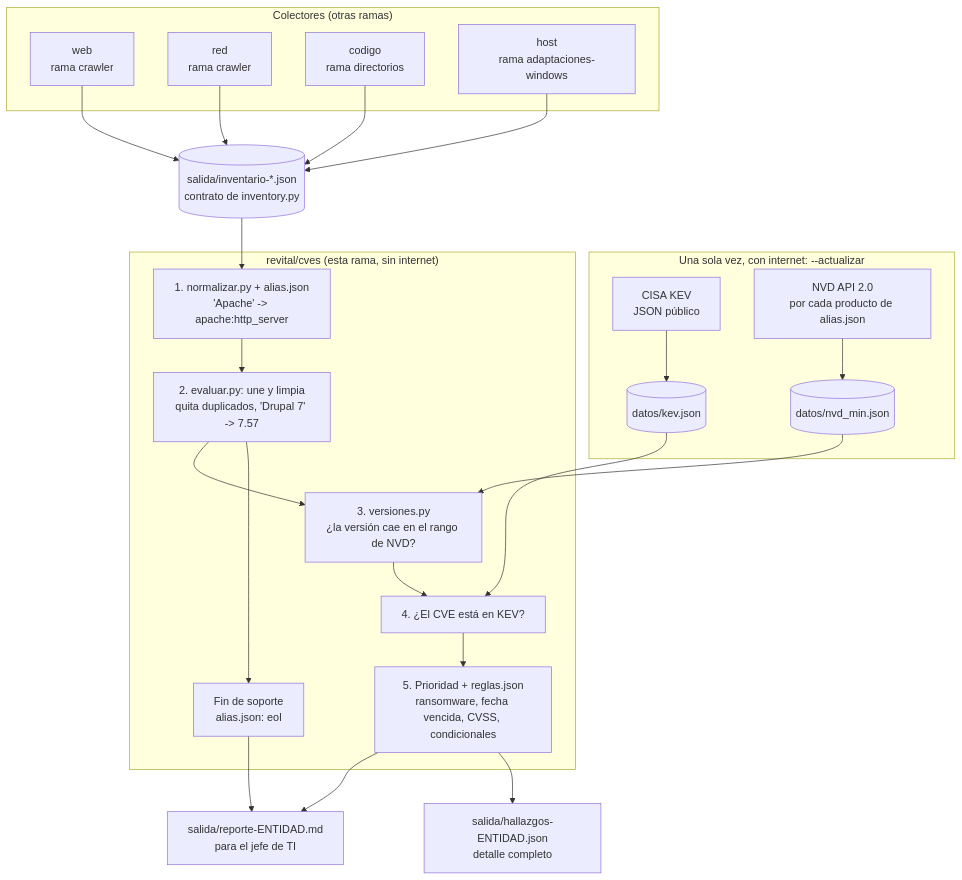
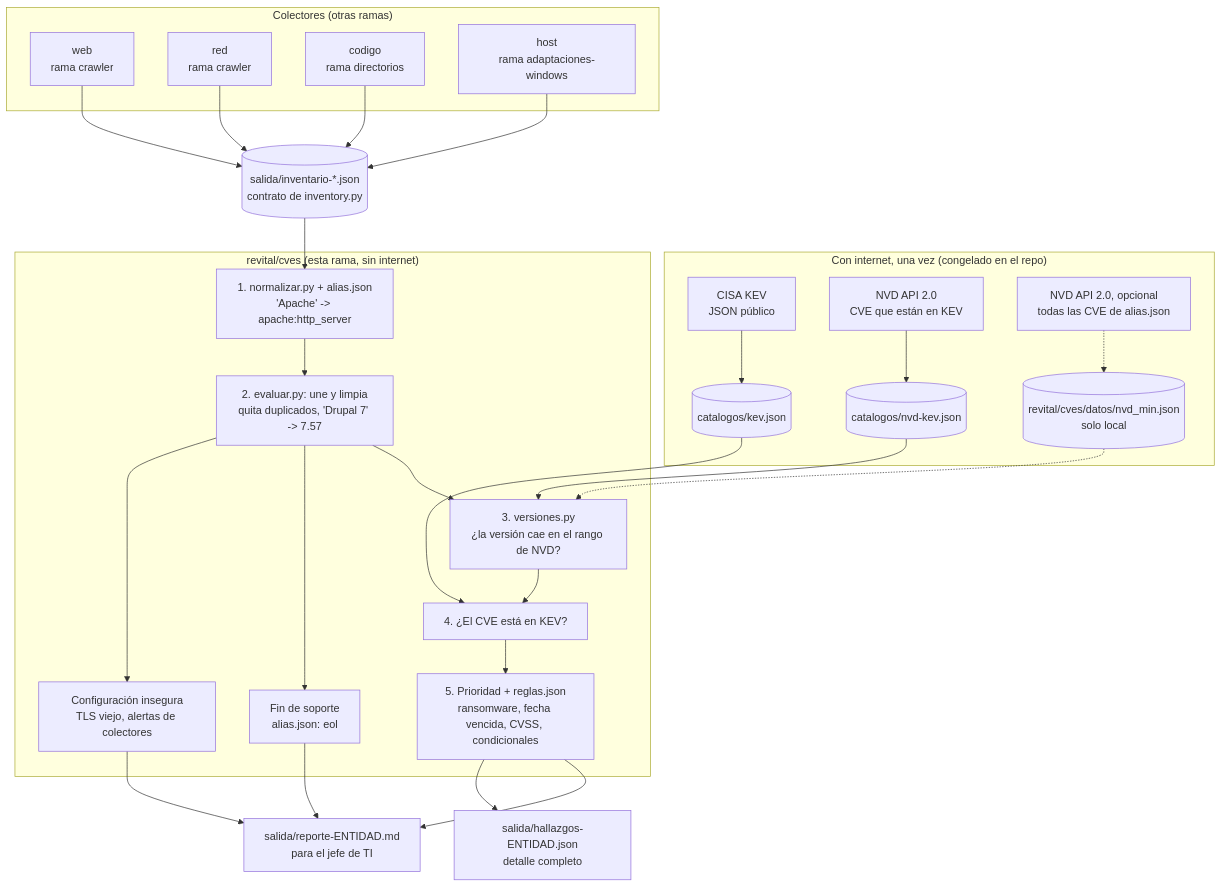
Before and after one commit to Zairocode/ReVital: the diagram in revital/cves/CONTEXTO.md, drawn with Mermaid. The commit also changed other lines of this file and 13 other files, not shown here.

Commit message:
cves: catalogos/ del equipo, MUNI-GT, alias del colector de codigo, TLS obsoleto y alertas de configuracion

````diff
--- a/revital/cves/CONTEXTO.md
+++ b/revital/cves/CONTEXTO.md
@@ -19,35 +19,40 @@
 ```mermaid
 flowchart TD
     subgraph COL["Colectores (otras ramas)"]
         W["web<br/>rama crawler"]
         R["red<br/>rama crawler"]
         K["codigo<br/>rama directorios"]
         H["host<br/>rama adaptaciones-windows"]
     end
     W --> I[("salida/inventario-*.json<br/>contrato de inventory.py")]
     R --> I
     K --> I
     H --> I
 
-    subgraph NET["Una sola vez, con internet: --actualizar"]
-        CISA["CISA KEV<br/>JSON público"] --> DK[("datos/kev.json")]
-        NVDAPI["NVD API 2.0<br/>por cada producto de alias.json"] --> DN[("datos/nvd_min.json")]
+    subgraph NET["Con internet, una vez (congelado en el repo)"]
+        CISA["CISA KEV<br/>JSON público"] --> DK[("catalogos/kev.json")]
+        NVDAPI["NVD API 2.0<br/>CVE que están en KEV"] --> DN[("catalogos/nvd-kev.json")]
+        NVDX["NVD API 2.0, opcional<br/>todas las CVE de alias.json"] -.-> DX[("revital/cves/datos/nvd_min.json<br/>solo local")]
     end
 
     subgraph CVES["revital/cves (esta rama, sin internet)"]
         N["1. normalizar.py + alias.json<br/>'Apache' -> apache:http_server"]
         D["2. evaluar.py: une y limpia<br/>quita duplicados, 'Drupal 7' -> 7.57"]
         V["3. versiones.py<br/>¿la versión cae en el rango de NVD?"]
         KV["4. ¿El CVE está en KEV?"]
         P["5. Prioridad + reglas.json<br/>ransomware, fecha vencida, CVSS, condicionales"]
         E["Fin de soporte<br/>alias.json: eol"]
+        C["Configuración insegura<br/>TLS viejo, alertas de colectores"]
     end
 
     I --> N --> D --> V --> KV --> P
     DN --> V
+    DX -.-> V
     DK --> KV
     D --> E
+    D --> C
+    C --> MD
     P --> MD["salida/reporte-ENTIDAD.md<br/>para el jefe de TI"]
     E --> MD
     P --> JS["salida/hallazgos-ENTIDAD.json<br/>detalle completo"]
 ```
````
